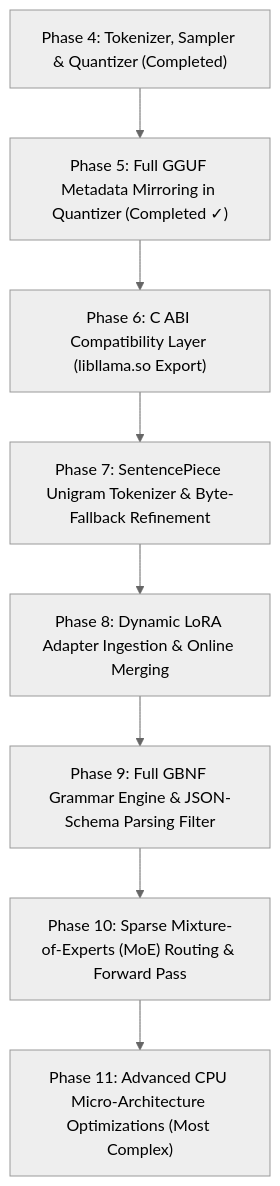
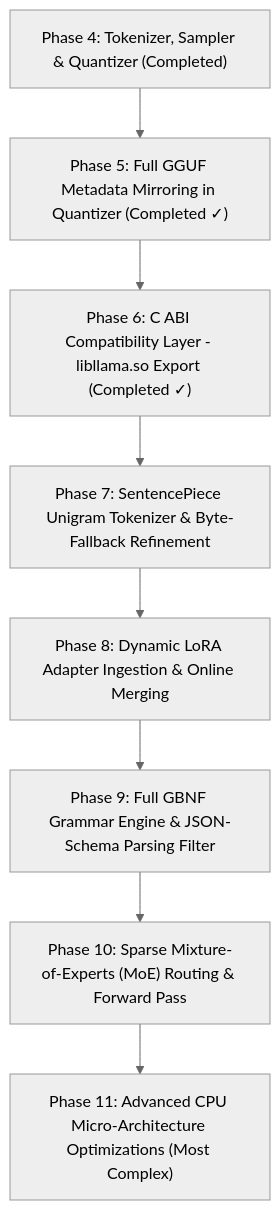
Before and after one commit to tasahi/llamojo: the diagram in docs/pure_cpu_extension_plan.md, drawn with Mermaid (neutral theme). The commit also changed other lines of this file and 5 other files, not shown here.

Commit message:
feat: C Foreign Function Interface ABI Export

````diff
--- a/docs/pure_cpu_extension_plan.md
+++ b/docs/pure_cpu_extension_plan.md
@@ -13,19 +13,19 @@
 ```mermaid
 flowchart TD
     P4["Phase 4: Tokenizer, Sampler & Quantizer (Completed)"]
     P5["Phase 5: Full GGUF Metadata Mirroring in Quantizer (Completed ✓)"]
-    P6["Phase 6: C ABI Compatibility Layer (libllama.so Export)"]
+    P6["Phase 6: C ABI Compatibility Layer - libllama.so Export (Completed ✓)"]
     P7["Phase 7: SentencePiece Unigram Tokenizer & Byte-Fallback Refinement"]
     P8["Phase 8: Dynamic LoRA Adapter Ingestion & Online Merging"]
     P9["Phase 9: Full GBNF Grammar Engine & JSON-Schema Parsing Filter"]
     P10["Phase 10: Sparse Mixture-of-Experts (MoE) Routing & Forward Pass"]
     P11["Phase 11: Advanced CPU Micro-Architecture Optimizations (Most Complex)"]
 
     P4 --> P5
     P5 --> P6
     P6 --> P7
     P7 --> P8
     P8 --> P9
     P9 --> P10
     P10 --> P11
 ```
````
